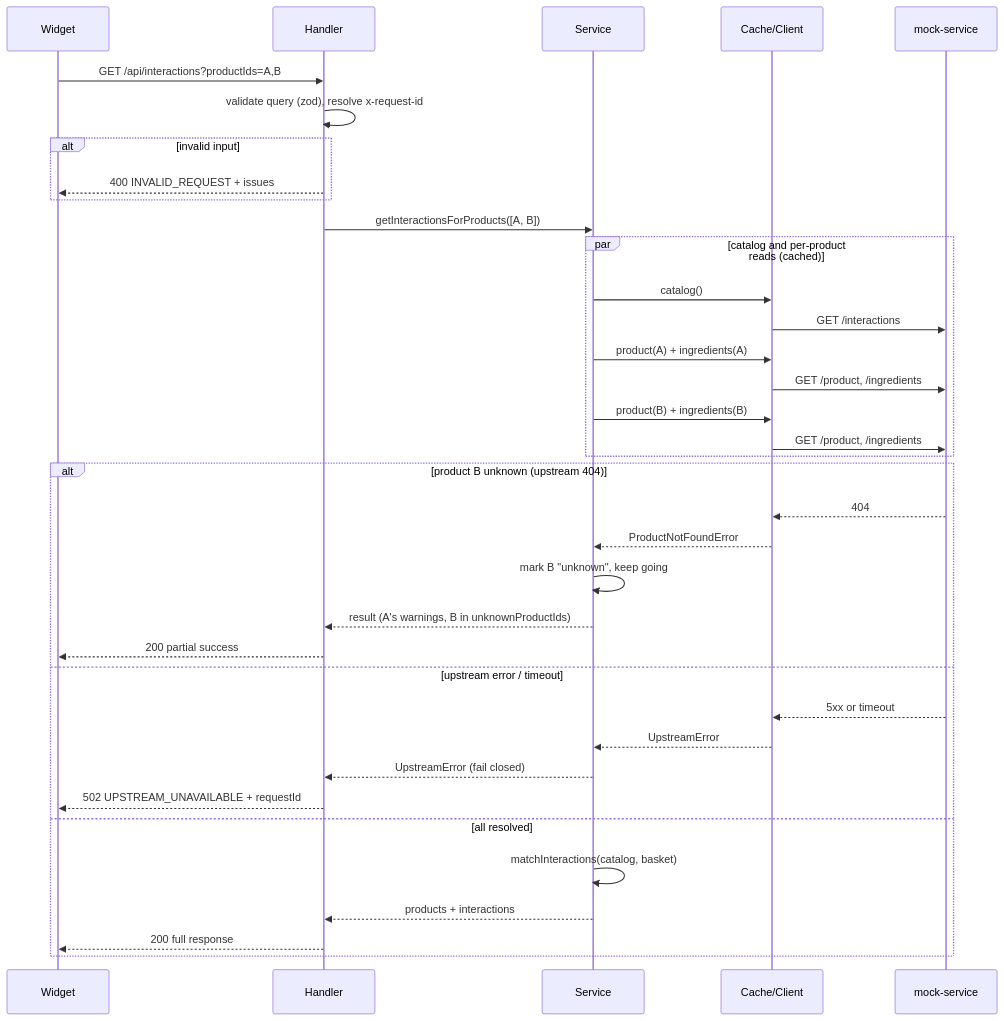
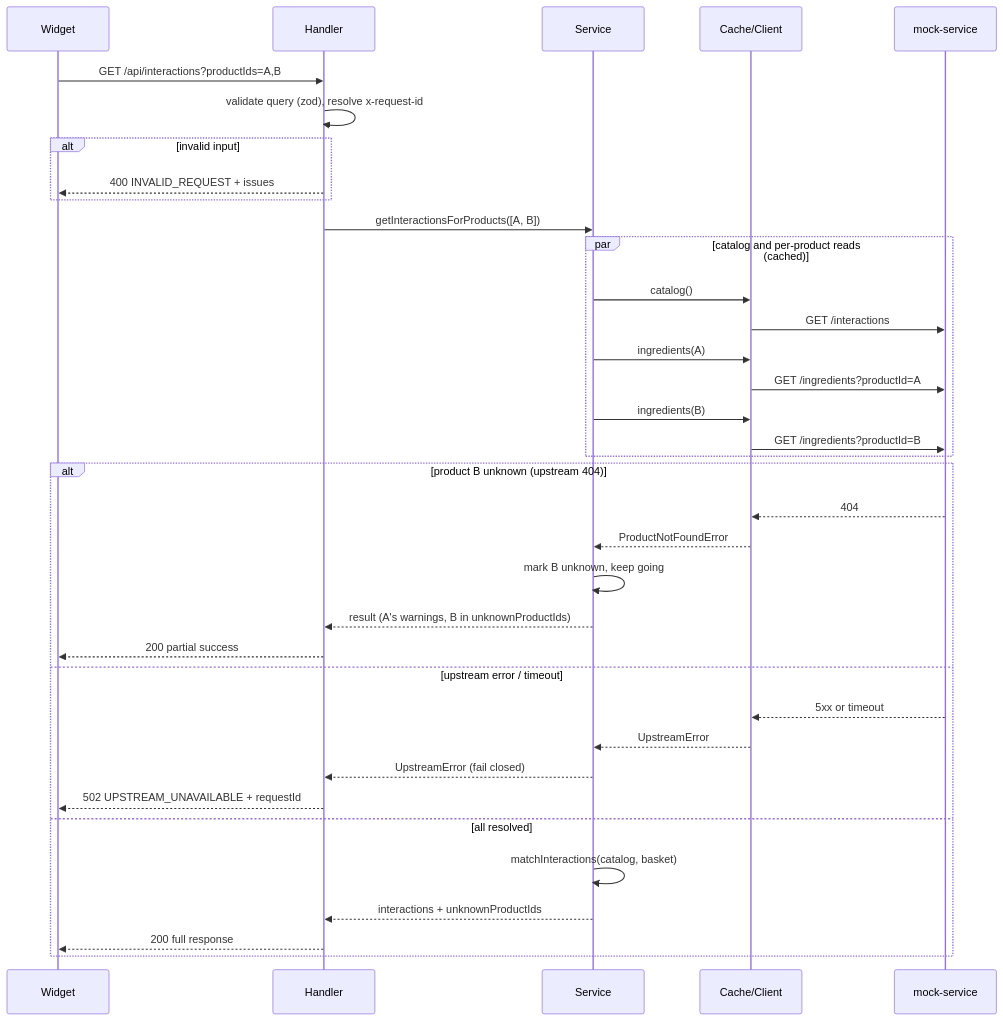
The third of 3 diagrams in docs/architecture.md (hkashlan/redcare-interactions), drawn with Mermaid before and after one commit. The commit also changed other lines of this file and 13 other files, not shown here.

````diff
--- a/docs/architecture.md
+++ b/docs/architecture.md
@@ -80,39 +81,39 @@
 ```mermaid
 sequenceDiagram
     participant W as Widget
     participant H as Handler
     participant S as Service
     participant C as Cache/Client
     participant M as mock-service
 
     W->>H: GET /api/interactions?productIds=A,B
     H->>H: validate query (zod), resolve x-request-id
     alt invalid input
         H-->>W: 400 INVALID_REQUEST + issues
     end
     H->>S: getInteractionsForProducts([A, B])
     par catalog and per-product reads (cached)
         S->>C: catalog()
         C->>M: GET /interactions
-        S->>C: product(A) + ingredients(A)
-        C->>M: GET /product, /ingredients
-        S->>C: product(B) + ingredients(B)
-        C->>M: GET /product, /ingredients
+        S->>C: ingredients(A)
+        C->>M: GET /ingredients?productId=A
+        S->>C: ingredients(B)
+        C->>M: GET /ingredients?productId=B
     end
     alt product B unknown (upstream 404)
         M-->>C: 404
         C-->>S: ProductNotFoundError
-        S->>S: mark B "unknown", keep going
+        S->>S: mark B unknown, keep going
         S-->>H: result (A's warnings, B in unknownProductIds)
         H-->>W: 200 partial success
     else upstream error / timeout
         M-->>C: 5xx or timeout
         C-->>S: UpstreamError
         S-->>H: UpstreamError (fail closed)
         H-->>W: 502 UPSTREAM_UNAVAILABLE + requestId
     else all resolved
         S->>S: matchInteractions(catalog, basket)
-        S-->>H: products + interactions
+        S-->>H: interactions + unknownProductIds
         H-->>W: 200 full response
     end
 ```
````
